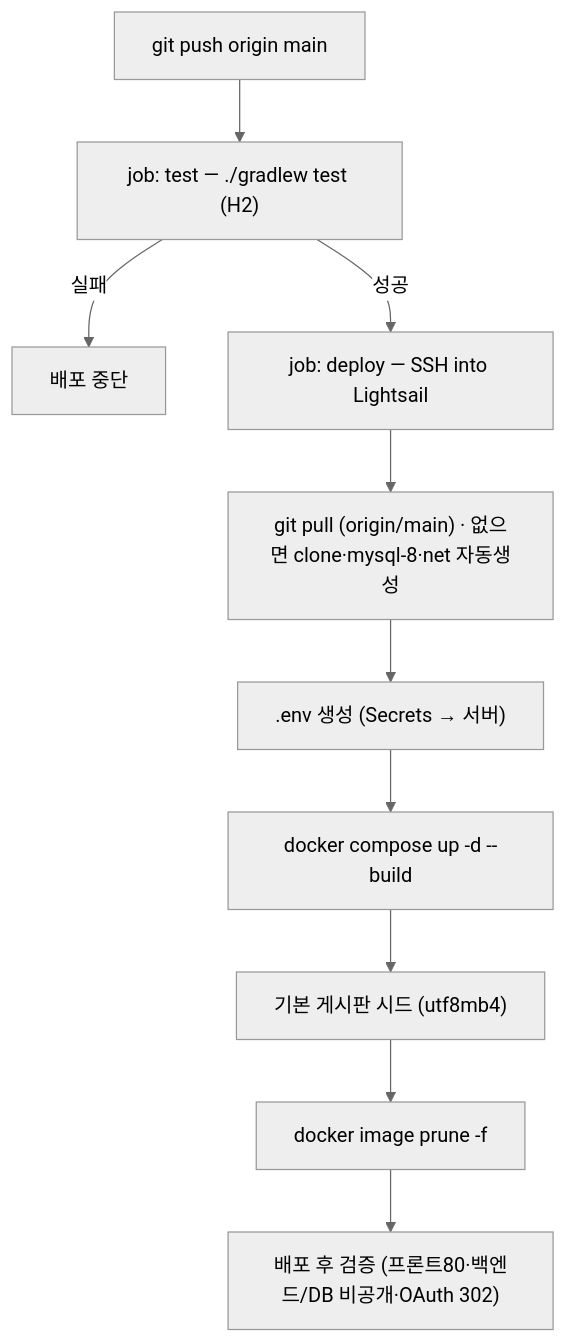
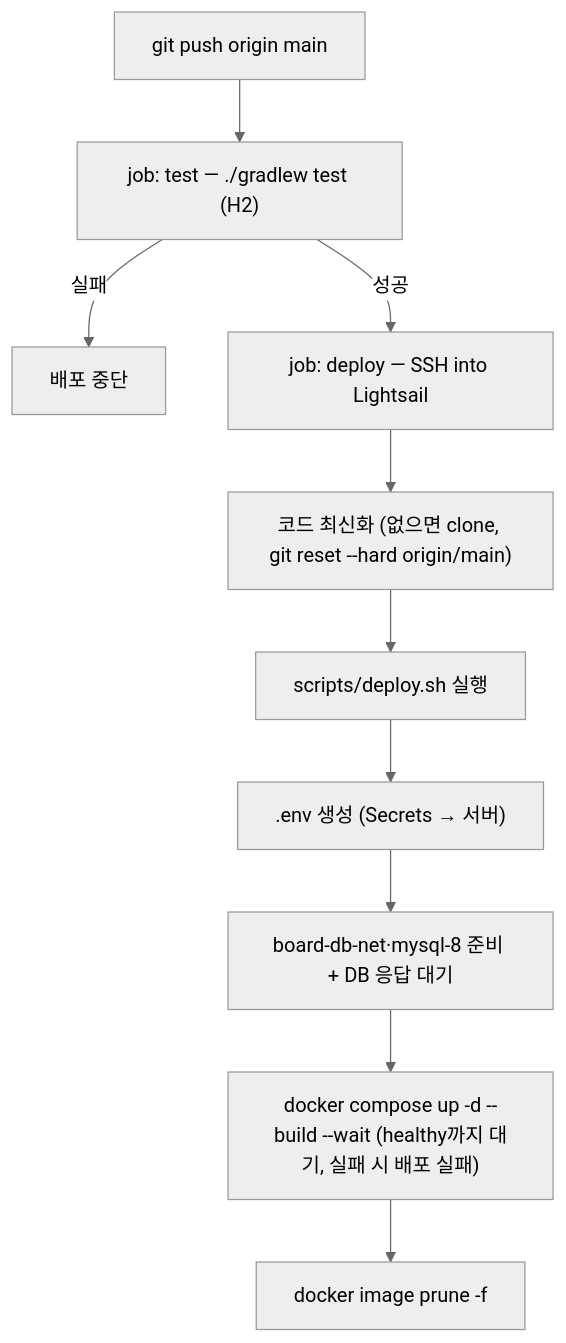
The diagram in docs/lecture/CICD-GITHUB-ACTIONS.md (icesnake72/boards), drawn with Mermaid (neutral theme) before and after one commit. The commit also changed other lines of this file and 2 other files, not shown here.

Commit message:
refactor(ci): 배포 로직을 scripts/deploy.sh로 분리 + compose --wait로 검증 대체
워크플로의 원격 script 블록(~90줄)을 5줄(코드 최신화 → ./scripts/deploy.sh)로
축소. 배포 로직은 주석 달린 셸 파일로 저장소에 버전관리되어 읽기 쉽고
서버에서 직접 실행·디버깅 가능. 수제 wait_healthy/db_ok 검증 루프는
`docker compose up -d --build --wait`(healthy까지 대기, 실패 시 exit≠0)로
대체 — 검증 의미는 동일(DB·백엔드·프론트 정상 여부). 문서 §1·§2 동기화.

````diff
--- a/docs/lecture/CICD-GITHUB-ACTIONS.md
+++ b/docs/lecture/CICD-GITHUB-ACTIONS.md
@@ -19,12 +19,12 @@
 ```mermaid
 flowchart TD
   PUSH["git push origin main"] --> TEST["job: test — ./gradlew test (H2)"]
   TEST -->|"실패"| STOP["배포 중단"]
   TEST -->|"성공"| DEPLOY["job: deploy — SSH into Lightsail"]
-  DEPLOY --> PULL["git pull (origin/main) · 없으면 clone·mysql-8·net 자동생성"]
-  PULL --> ENV[".env 생성 (Secrets → 서버)"]
-  ENV --> UP["docker compose up -d --build"]
-  UP --> SEED["기본 게시판 시드 (utf8mb4)"]
-  SEED --> PRUNE["docker image prune -f"]
-  PRUNE --> VERIFY["배포 후 검증 (프론트80·백엔드/DB 비공개·OAuth 302)"]
+  DEPLOY --> PULL["코드 최신화 (없으면 clone, git reset --hard origin/main)"]
+  PULL --> SH["scripts/deploy.sh 실행"]
+  SH --> ENV[".env 생성 (Secrets → 서버)"]
+  ENV --> DB["board-db-net·mysql-8 준비 + DB 응답 대기"]
+  DB --> UP["docker compose up -d --build --wait (healthy까지 대기, 실패 시 배포 실패)"]
+  UP --> PRUNE["docker image prune -f"]
 ```
````
